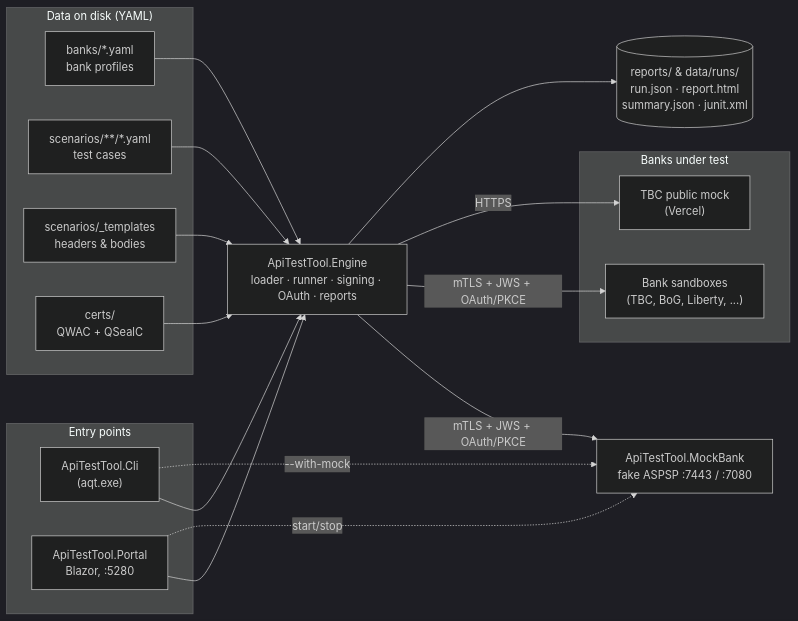
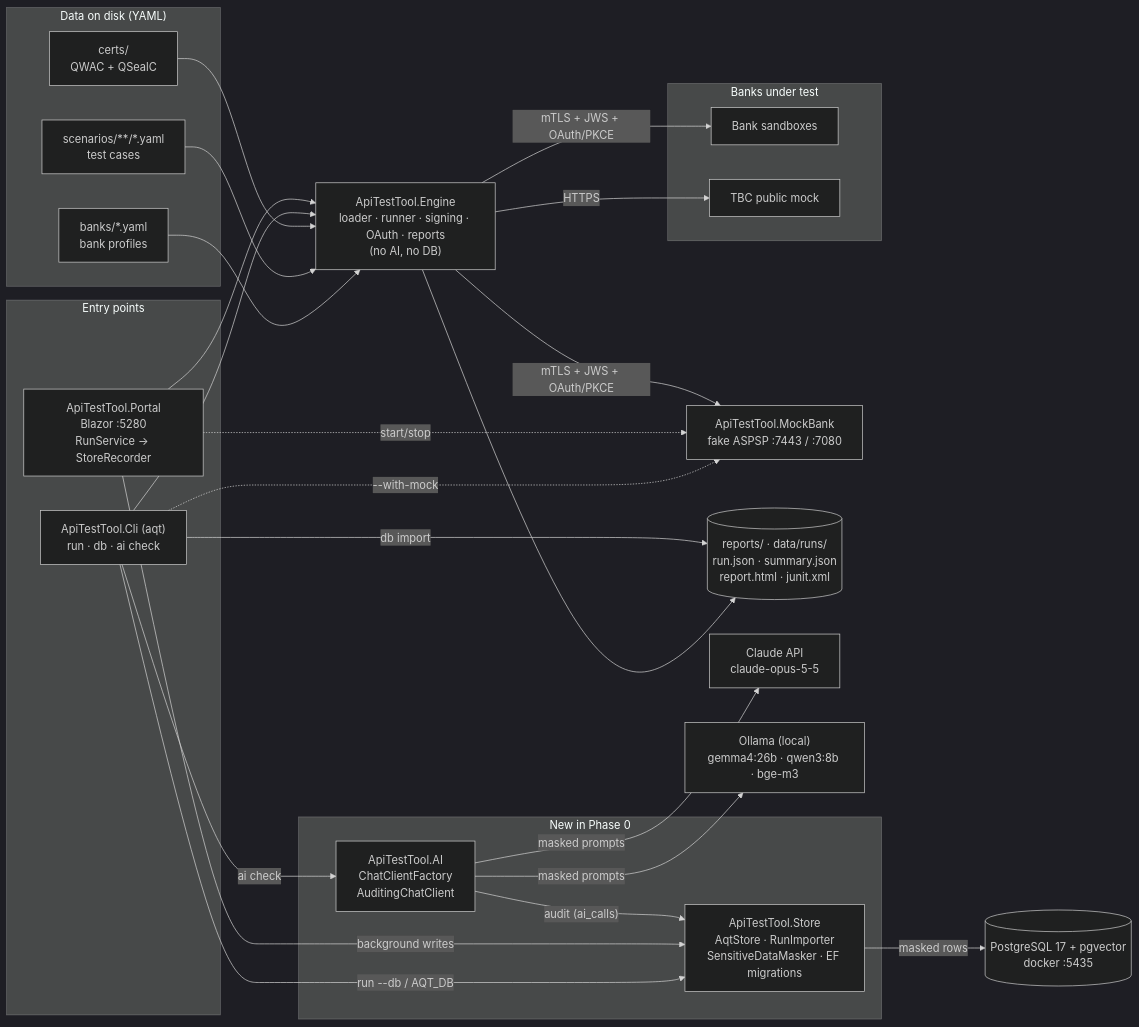
The first of 4 diagrams in ARCHITECTURE.md (levan-petrosiani/Aurasoft-Monitoring), drawn with Mermaid (dark theme) before and after one commit. The commit also changed other lines of this file and 42 other files, not shown here.

First line of the commit message:
Phase 0: PostgreSQL store and AI foundations

````diff
--- a/ARCHITECTURE.md
+++ b/ARCHITECTURE.md
@@ -10,37 +11,49 @@
 ```mermaid
 flowchart LR
     subgraph Inputs["Data on disk (YAML)"]
         Banks["banks/*.yaml<br/>bank profiles"]
         Scen["scenarios/**/*.yaml<br/>test cases"]
-        Tpl["scenarios/_templates<br/>headers & bodies"]
         Certs["certs/<br/>QWAC + QSealC"]
     end
 
     subgraph Hosts["Entry points"]
-        Cli["ApiTestTool.Cli<br/>(aqt.exe)"]
-        Portal["ApiTestTool.Portal<br/>Blazor, :5280"]
+        Cli["ApiTestTool.Cli (aqt)<br/>run · db · ai check"]
+        Portal["ApiTestTool.Portal<br/>Blazor :5280<br/>RunService → StoreRecorder"]
     end
 
-    Engine["ApiTestTool.Engine<br/>loader · runner · signing · OAuth · reports"]
+    Engine["ApiTestTool.Engine<br/>loader · runner · signing · OAuth · reports<br/>(no AI, no DB)"]
     Mock["ApiTestTool.MockBank<br/>fake ASPSP :7443 / :7080"]
 
-    subgraph Targets["Banks under test"]
-        Real["Bank sandboxes<br/>(TBC, BoG, Liberty, ...)"]
-        TbcMock["TBC public mock<br/>(Vercel)"]
+    subgraph New["New in Phase 0"]
+        Store["ApiTestTool.Store<br/>AqtStore · RunImporter<br/>SensitiveDataMasker · EF migrations"]
+        AI["ApiTestTool.AI<br/>ChatClientFactory<br/>AuditingChatClient"]
     end
 
-    Reports[("reports/ & data/runs/<br/>run.json · report.html<br/>summary.json · junit.xml")]
+    subgraph Targets["Banks under test"]
+        Real["Bank sandboxes"]
+        TbcMock["TBC public mock"]
+    end
 
-    Banks --> Engine
-    Scen --> Engine
-    Tpl --> Engine
-    Certs --> Engine
+    Files[("reports/ · data/runs/<br/>run.json · summary.json<br/>report.html · junit.xml")]
+    PG[("PostgreSQL 17 + pgvector<br/>docker :5435")]
+    Claude["Claude API<br/>claude-opus-5-5"]
+    Ollama["Ollama (local)<br/>gemma4:26b · qwen3:8b · bge-m3"]
+
+    Banks & Scen & Certs --> Engine
     Cli --> Engine
     Portal --> Engine
     Cli -. "--with-mock" .-> Mock
     Portal -. "start/stop" .-> Mock
-    Engine -- "mTLS + JWS + OAuth/PKCE" --> Mock
-    Engine -- "mTLS + JWS + OAuth/PKCE" --> Real
+    Engine -- "mTLS + JWS + OAuth/PKCE" --> Mock & Real
     Engine -- HTTPS --> TbcMock
-    Engine --> Reports
+    Engine --> Files
+
+    Cli -- "run --db / AQT_DB" --> Store
+    Cli -- "db import" --> Files
+    Portal -- "background writes" --> Store
+    Store -- "masked rows" --> PG
+    Cli -- "ai check" --> AI
+    AI -- "masked prompts" --> Claude
+    AI -- "masked prompts" --> Ollama
+    AI -- "audit (ai_calls)" --> Store
 ```
````
